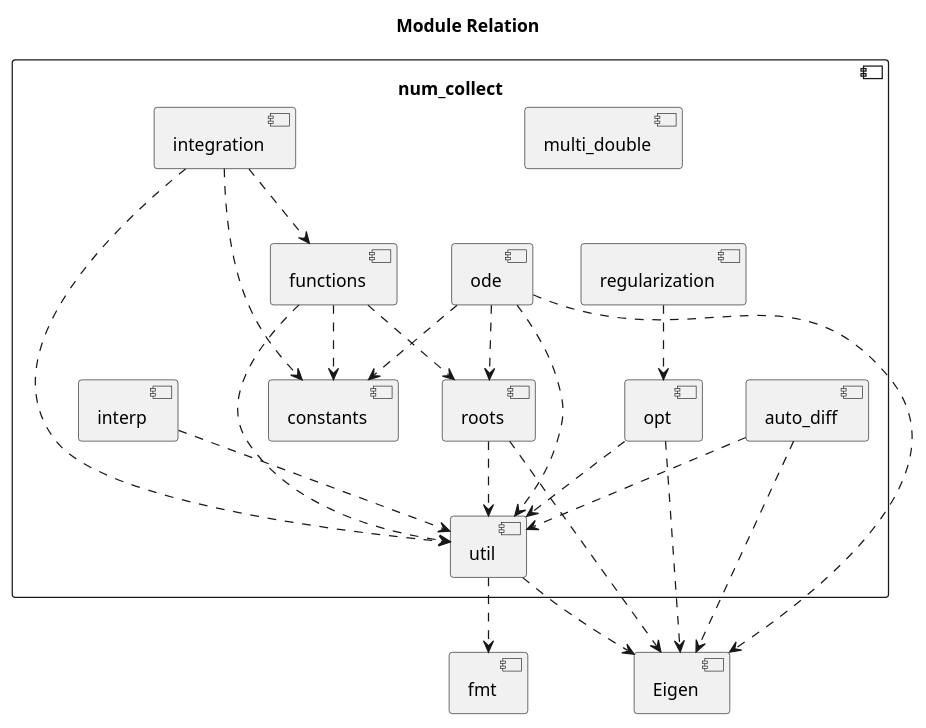
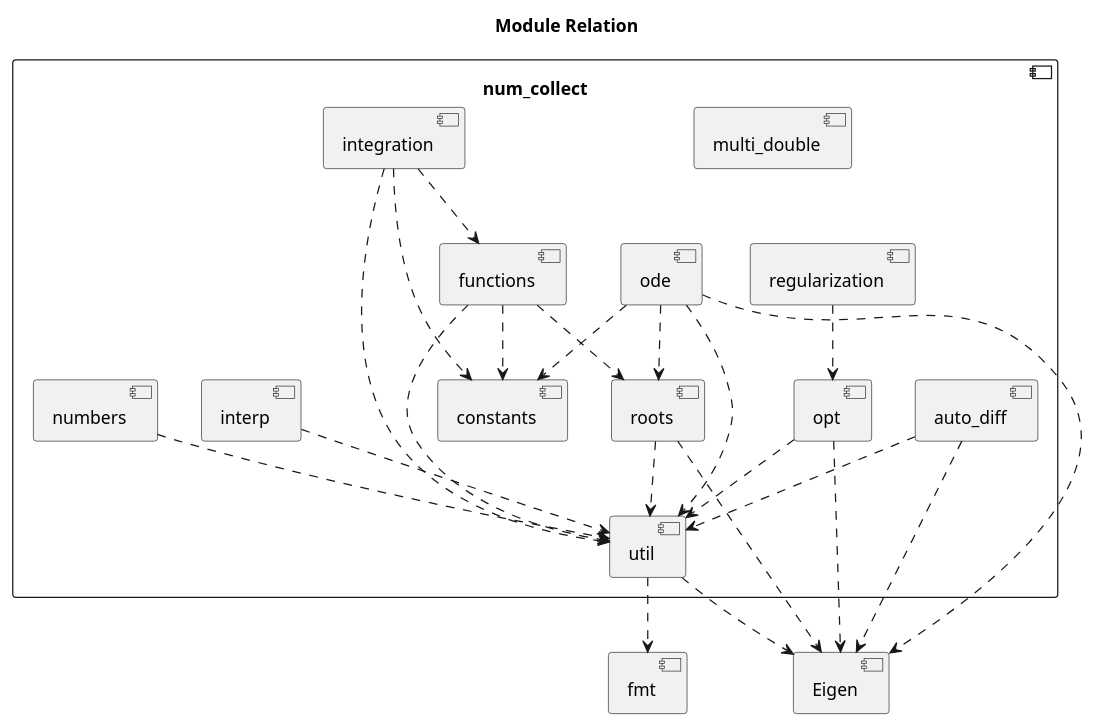
Before and after one commit to MusicScience37/numerical-collection-cpp: the diagram in doc/sphinx/src/modules.rst, drawn with PlantUML. The commit also changed 1 other file, not shown here.

Commit message:
doc: documentation of modules

```diff
--- a/doc/sphinx/src/modules.rst
+++ b/doc/sphinx/src/modules.rst
@@ -4,50 +4,53 @@
 .. uml::
 
     title Module Relation
 
     component fmt
     component Eigen
 
     component num_collect {
         component util
         util ..> fmt
         util ..> Eigen
 
         component auto_diff
         auto_diff ..> util
         auto_diff ..> Eigen
 
         component opt
         opt ..> util
         opt ..> Eigen
 
         component regularization
         regularization ..> opt
 
         component interp
         interp ..> util
 
+        component numbers
+        numbers ..> util
+
         component multi_double
 
         component constants
 
         component roots
         roots ..> util
         roots ..> Eigen
 
         component functions
         functions ..> util
         functions ..> constants
         functions ..> roots
 
         component integration
         integration ..> util
         integration ..> constants
         integration ..> functions
 
         component ode
         ode ..> util
         ode ..> constants
         ode ..> roots
         ode ..> Eigen
     }
```
